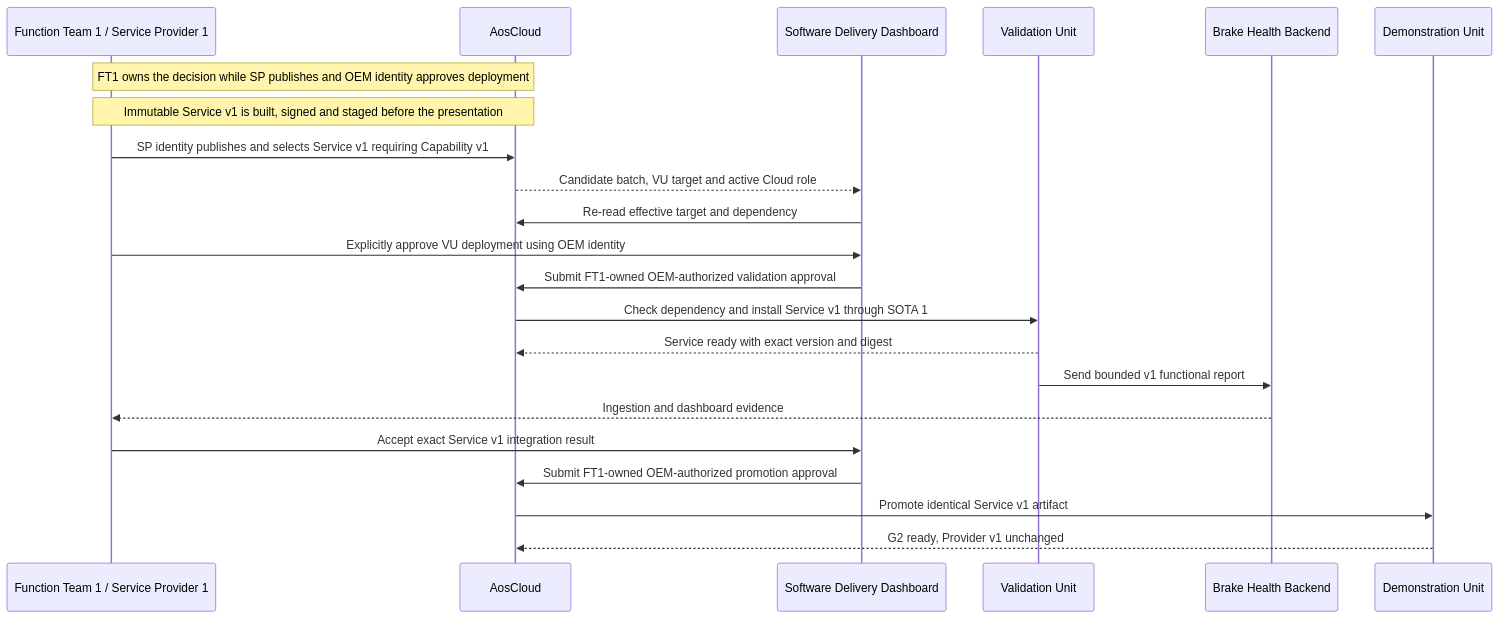
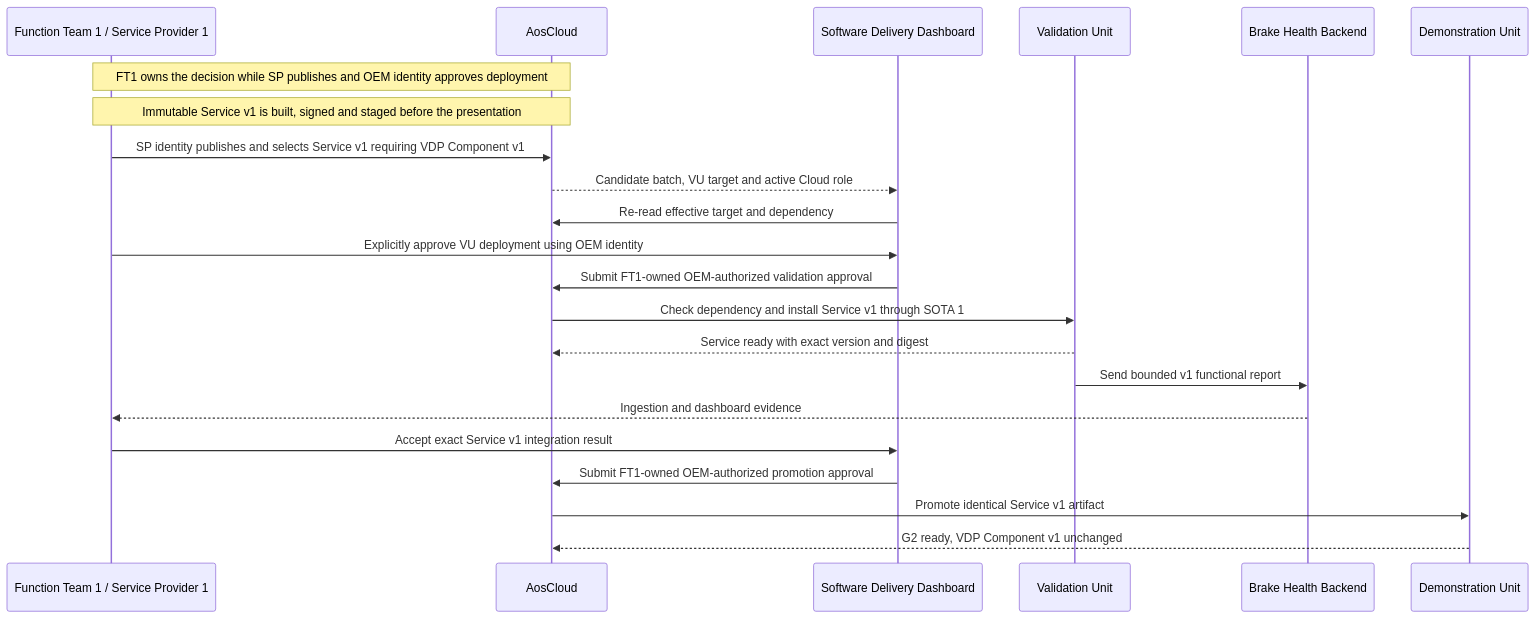
Before and after one commit to alexmaninblack/aosedge-sdv-demo: the eighth of 18 diagrams in docs/architecture/demo-scenario-architecture-flows.md, drawn with Mermaid. The commit also changed other lines of this file and 32 other files, not shown here.

````diff
--- a/docs/architecture/demo-scenario-architecture-flows.md
+++ b/docs/architecture/demo-scenario-architecture-flows.md
@@ -452,25 +498,25 @@
 ```mermaid
 sequenceDiagram
     participant FT1 as Function Team 1 / Service Provider 1
     participant AC as AosCloud
     participant SD as Software Delivery Dashboard
     participant VU as Validation Unit
     participant BE as Brake Health Backend
     participant DU as Demonstration Unit
 
     Note over FT1,AC: FT1 owns the decision while SP publishes and OEM identity approves deployment
     Note over FT1,AC: Immutable Service v1 is built, signed and staged before the presentation
-    FT1->>AC: SP identity publishes and selects Service v1 requiring Capability v1
+    FT1->>AC: SP identity publishes and selects Service v1 requiring VDP Component v1
     AC-->>SD: Candidate batch, VU target and active Cloud role
     SD->>AC: Re-read effective target and dependency
     FT1->>SD: Explicitly approve VU deployment using OEM identity
     SD->>AC: Submit FT1-owned OEM-authorized validation approval
     AC->>VU: Check dependency and install Service v1 through SOTA 1
     VU-->>AC: Service ready with exact version and digest
     VU->>BE: Send bounded v1 functional report
     BE-->>FT1: Ingestion and dashboard evidence
     FT1->>SD: Accept exact Service v1 integration result
     SD->>AC: Submit FT1-owned OEM-authorized promotion approval
     AC->>DU: Promote identical Service v1 artifact
-    DU-->>AC: G2 ready, Provider v1 unchanged
+    DU-->>AC: G2 ready, VDP Component v1 unchanged
 ```
````
